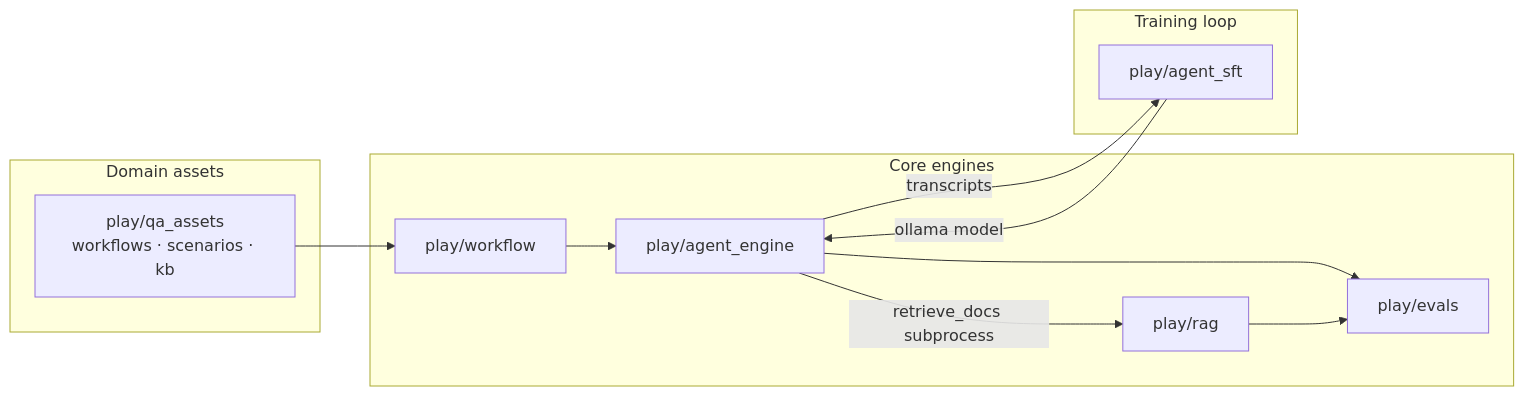
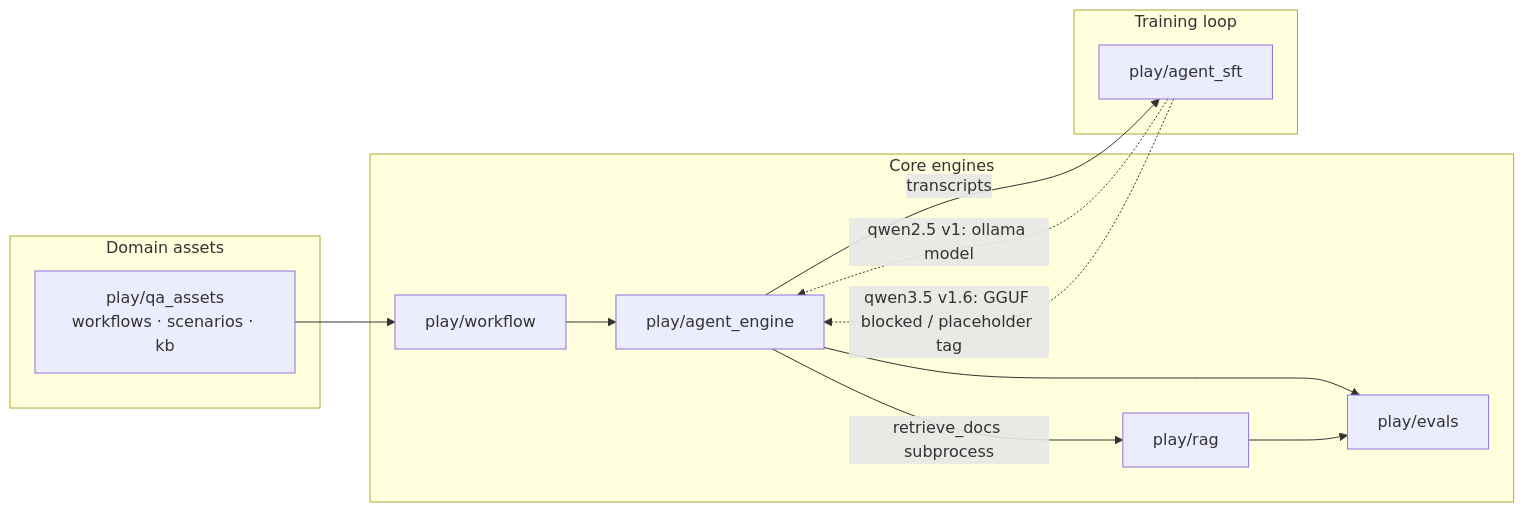
Before and after one commit to AndyUneducated/alchemy: the diagram in README.md, drawn with Mermaid. The commit also changed other lines of this file and 14 other files, not shown here.

````diff
--- a/README.md
+++ b/README.md
@@ -56,21 +58,22 @@
 ```mermaid
 flowchart LR
   subgraph assets["Domain assets"]
     qa["play/qa_assets<br/>workflows · scenarios · kb"]
   end
   subgraph core["Core engines"]
     wf["play/workflow"]
     ae["play/agent_engine"]
     rag["play/rag"]
     ev["play/evals"]
   end
   subgraph train["Training loop"]
     sft["play/agent_sft"]
   end
   qa --> wf --> ae
   ae -->|retrieve_docs subprocess| rag
   ae -->|transcripts| sft
-  sft -->|ollama model| ae
+  sft -.->|qwen2.5 v1: ollama model| ae
+  sft -.->|qwen3.5 v1.6: GGUF blocked / placeholder tag| ae
   ae --> ev
   rag --> ev
 ```
````
